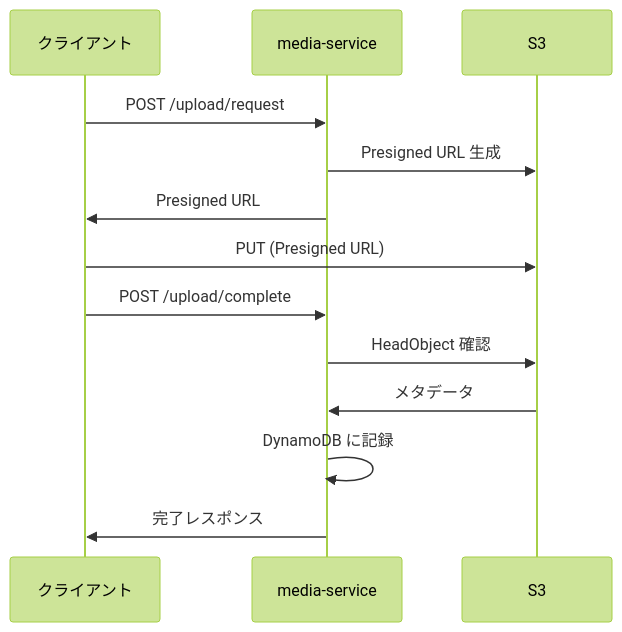
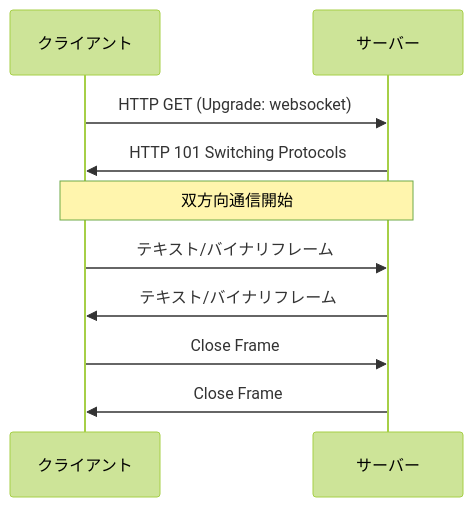
Before and after one commit to shunto-ishiguro/go-microservices-chat: the first of 4 diagrams in docs/learning/phase-4.md, drawn with Mermaid (forest theme). The commit also changed other lines of this file and 3 other files, not shown here.

````diff
--- a/docs/learning/phase-4.md
+++ b/docs/learning/phase-4.md
@@ -335,16 +41,12 @@
 ```mermaid
 sequenceDiagram
     participant C as クライアント
-    participant M as media-service
-    participant S as S3
-
-    C->>M: POST /upload/request
-    M->>S: Presigned URL 生成
-    M->>C: Presigned URL
-    C->>S: PUT (Presigned URL)
-    C->>M: POST /upload/complete
-    M->>S: HeadObject 確認
-    S->>M: メタデータ
-    M->>M: DynamoDB に記録
-    M->>C: 完了レスポンス
+    participant S as サーバー
+    C->>S: HTTP GET (Upgrade: websocket)
+    S->>C: HTTP 101 Switching Protocols
+    Note over C,S: 双方向通信開始
+    C->>S: テキスト/バイナリフレーム
+    S->>C: テキスト/バイナリフレーム
+    C->>S: Close Frame
+    S->>C: Close Frame
 ```
````
